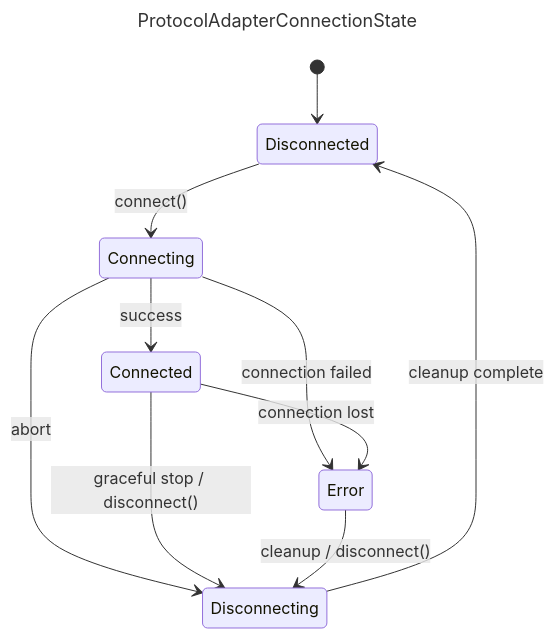
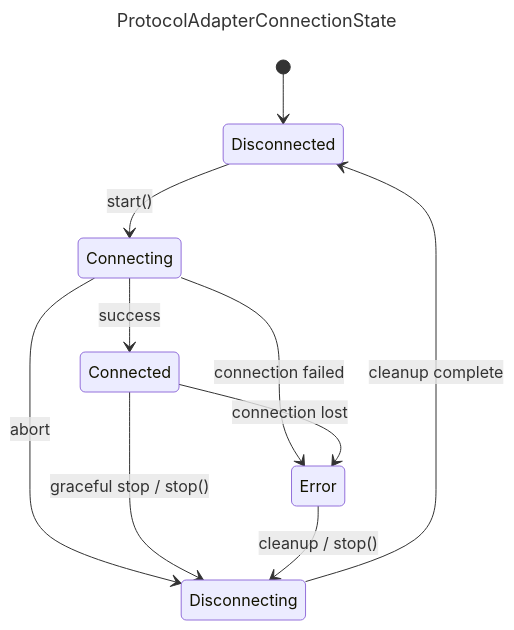
Before and after one commit to hivemq/hivemq-edge: the third of 4 diagrams in hivemq-edge/src/main/java/com/hivemq/protocols/fsm/protocol-adapter-redesign-plan.md, drawn with Mermaid. The commit also changed other lines of this file, not shown here.

````diff
--- a/hivemq-edge/src/main/java/com/hivemq/protocols/fsm/protocol-adapter-redesign-plan.md
+++ b/hivemq-edge/src/main/java/com/hivemq/protocols/fsm/protocol-adapter-redesign-plan.md
@@ -171,15 +177,15 @@
 ```mermaid
 ---
 title: ProtocolAdapterConnectionState
 ---
 stateDiagram-v2
     [*] --> Disconnected
-    Disconnected --> Connecting : connect()
+    Disconnected --> Connecting : start()
     Connecting --> Connected : success
     Connecting --> Error : connection failed
     Connecting --> Disconnecting : abort
     Connected --> Error : connection lost
-    Connected --> Disconnecting : graceful stop / disconnect()
-    Error --> Disconnecting : cleanup / disconnect()
+    Connected --> Disconnecting : graceful stop / stop()
+    Error --> Disconnecting : cleanup / stop()
     Disconnecting --> Disconnected : cleanup complete
 ```
````
